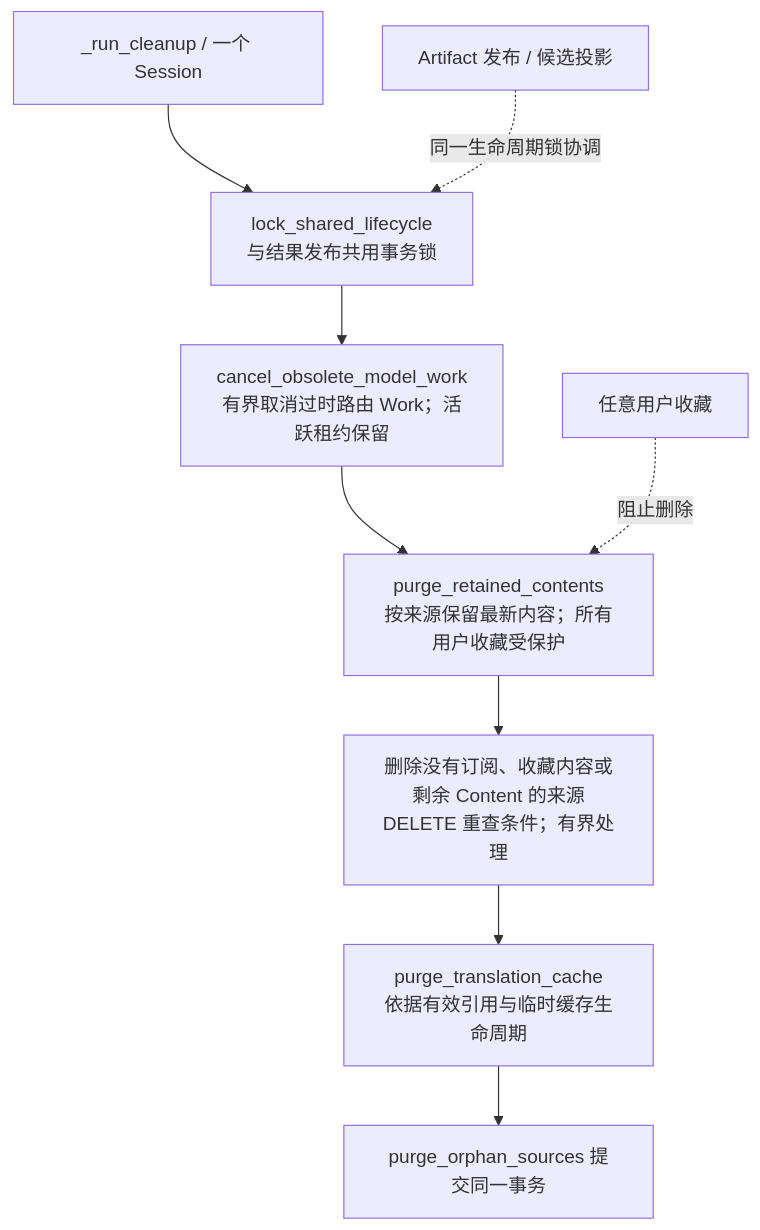
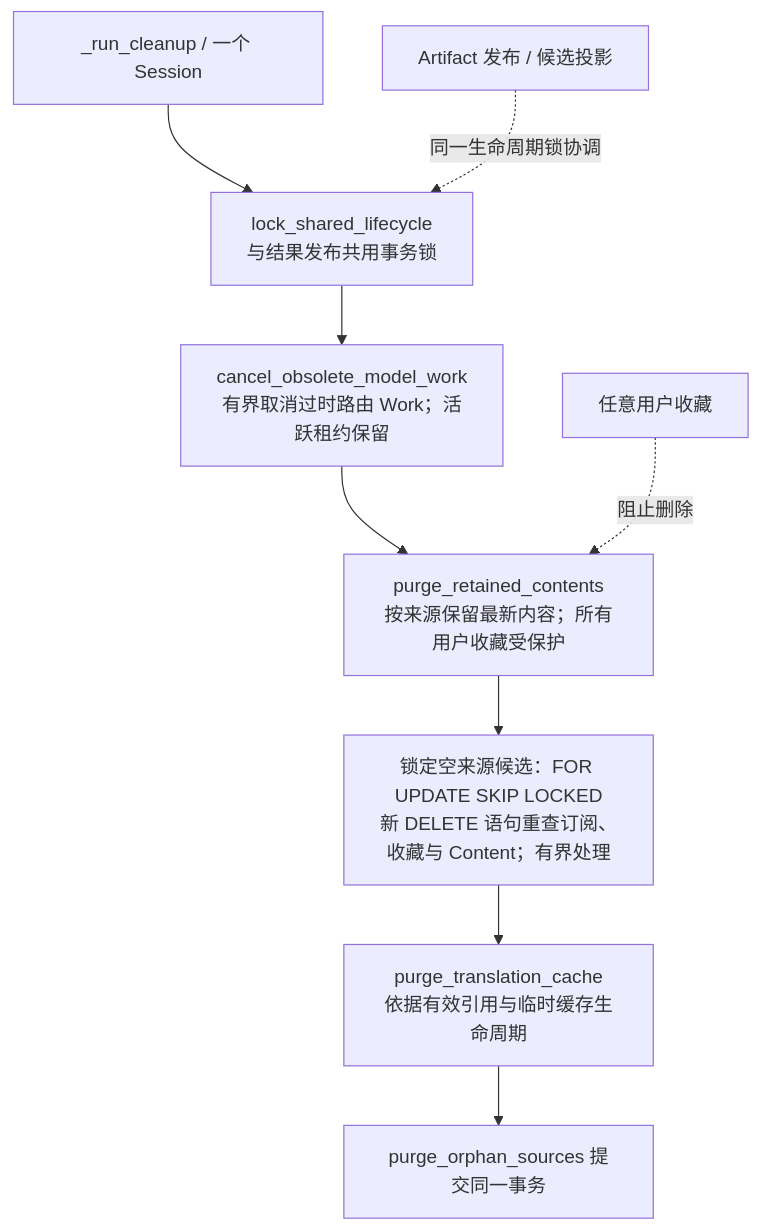
One commit to ccpowe/reader changed diagram 23 of 23 in docs/backend-architecture.md. Above: the diagram before and after it, drawn with Mermaid. The commit also changed other lines of this file and 4 other files, not shown here.

````diff
--- a/docs/backend-architecture.md
+++ b/docs/backend-architecture.md
@@ -654,11 +654,11 @@
 ```mermaid
 flowchart TD
     Loop["_run_cleanup / 一个 Session"] --> Lock["lock_shared_lifecycle<br/>与结果发布共用事务锁"]
     Lock --> Cancel["cancel_obsolete_model_work<br/>有界取消过时路由 Work；活跃租约保留"]
     Cancel --> Retain["purge_retained_contents<br/>按来源保留最新内容；所有用户收藏受保护"]
-    Retain --> Orphan["删除没有订阅、收藏内容或剩余 Content 的来源<br/>DELETE 重查条件；有界处理"]
+    Retain --> Orphan["锁定空来源候选：FOR UPDATE SKIP LOCKED<br/>新 DELETE 语句重查订阅、收藏与 Content；有界处理"]
     Orphan --> Cache["purge_translation_cache<br/>依据有效引用与临时缓存生命周期"]
     Cache --> Commit["purge_orphan_sources 提交同一事务"]
     Save["任意用户收藏"] -.->|"阻止删除"| Retain
     Publish["Artifact 发布 / 候选投影"] -.->|"同一生命周期锁协调"| Lock
 ```
````
